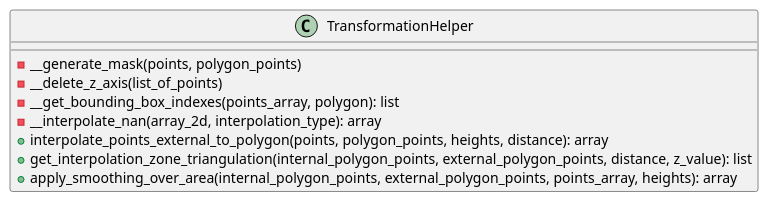
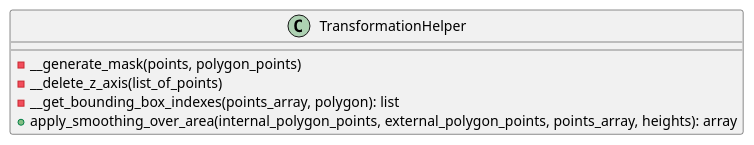
Before and after one commit to SergioAlvarezM/Proyecto_de_Memoria: the diagram in docs/classes/TransformationHelper.puml, drawn with PlantUML. The commit also changed 16 other files, not shown here.

```diff
--- a/docs/classes/TransformationHelper.puml
+++ b/docs/classes/TransformationHelper.puml
@@ -1,15 +1,12 @@
 @startuml
 'https://plantuml.com/class-diagram
 
 class TransformationHelper {
 
     - __generate_mask(points, polygon_points)
     - __delete_z_axis(list_of_points)
     - __get_bounding_box_indexes(points_array, polygon): list
-    - __interpolate_nan(array_2d, interpolation_type): array
-    + interpolate_points_external_to_polygon(points, polygon_points, heights, distance): array
-    + get_interpolation_zone_triangulation(internal_polygon_points, external_polygon_points, distance, z_value): list
     + apply_smoothing_over_area(internal_polygon_points, external_polygon_points, points_array, heights): array
 }
 
 @enduml
```
